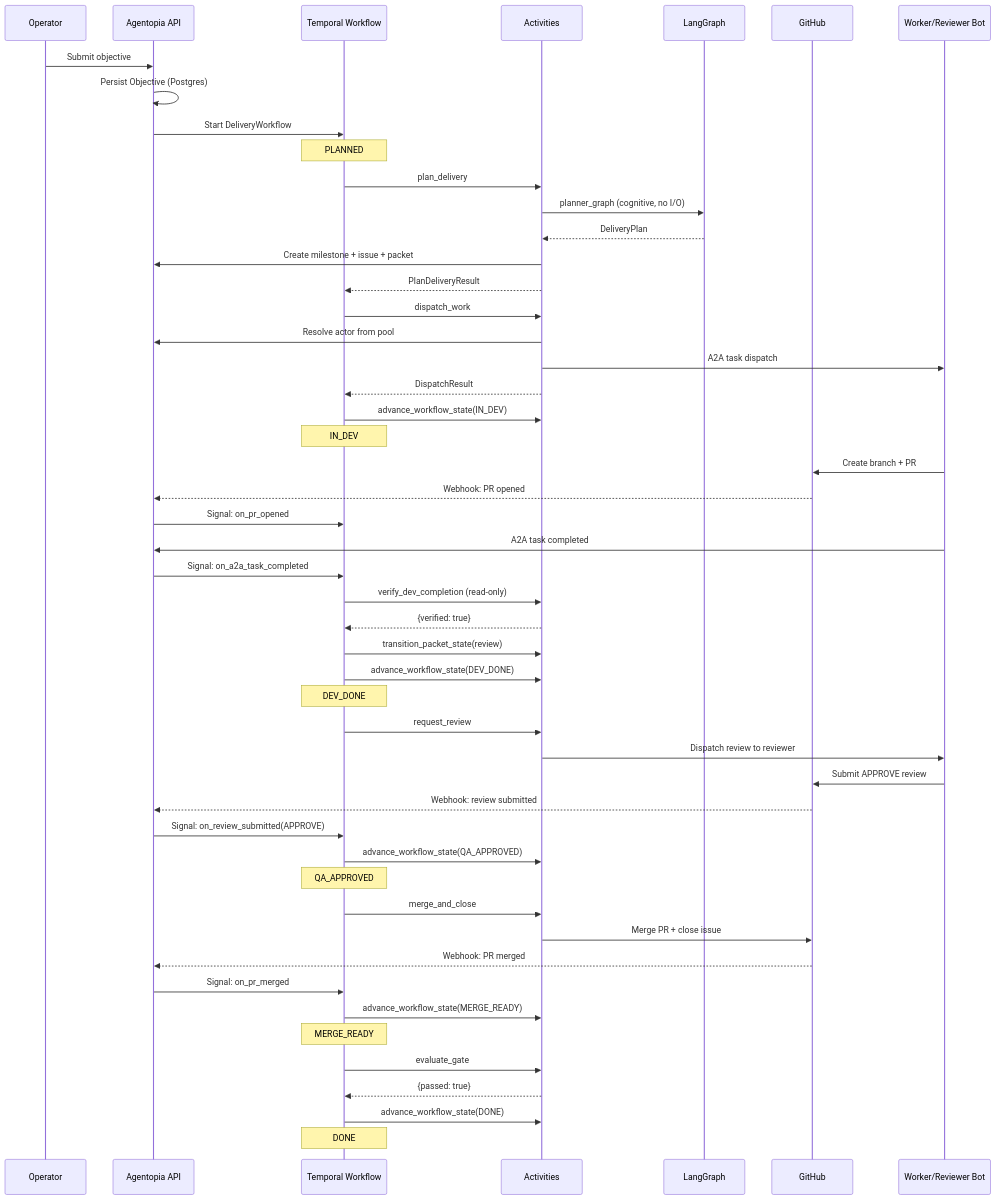
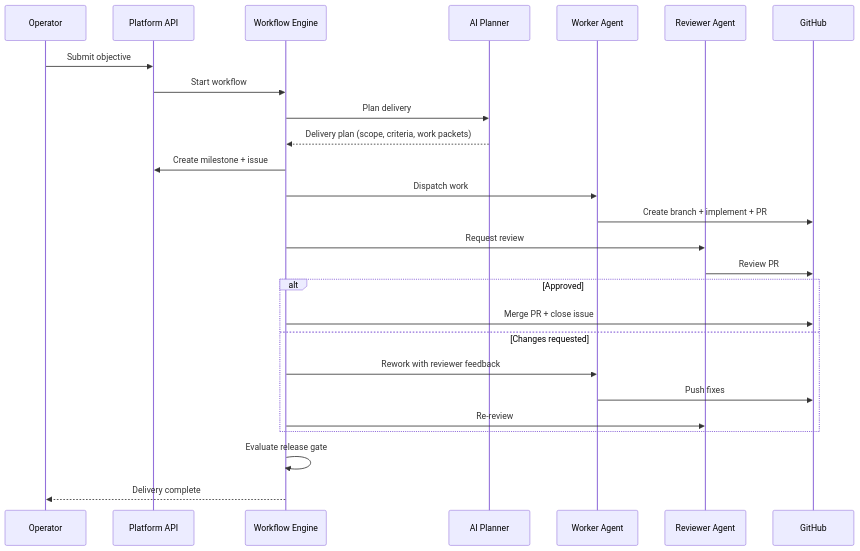
The second of 2 diagrams in architecture/overview.md (ai-agentopia/docs), drawn with Mermaid before and after one commit. The commit also changed other lines of this file, not shown here.

First line of the commit message:
docs: rewrite Architecture Overview for public audience

````diff
--- a/architecture/overview.md
+++ b/architecture/overview.md
@@ -267,68 +114,34 @@
 ```mermaid
 sequenceDiagram
     participant OP as Operator
-    participant API as Agentopia API
-    participant TW as Temporal Workflow
-    participant ACT as Activities
-    participant LG as LangGraph
+    participant API as Platform API
+    participant WF as Workflow Engine
+    participant PLAN as AI Planner
+    participant DEV as Worker Agent
+    participant QA as Reviewer Agent
     participant GH as GitHub
-    participant BOT as Worker/Reviewer Bot
 
     OP->>API: Submit objective
-    API->>API: Persist Objective (Postgres)
-    API->>TW: Start DeliveryWorkflow
+    API->>WF: Start workflow
 
-    Note over TW: PLANNED
+    WF->>PLAN: Plan delivery
+    PLAN-->>WF: Delivery plan (scope, criteria, work packets)
+    WF->>API: Create milestone + issue
 
-    TW->>ACT: plan_delivery
-    ACT->>LG: planner_graph (cognitive, no I/O)
-    LG-->>ACT: DeliveryPlan
-    ACT->>API: Create milestone + issue + packet
-    ACT-->>TW: PlanDeliveryResult
+    WF->>DEV: Dispatch work
+    DEV->>GH: Create branch + implement + PR
 
-    TW->>ACT: dispatch_work
-    ACT->>API: Resolve actor from pool
-    ACT->>BOT: A2A task dispatch
-    ACT-->>TW: DispatchResult
-    TW->>ACT: advance_workflow_state(IN_DEV)
+    WF->>QA: Request review
+    QA->>GH: Review PR
 
-    Note over TW: IN_DEV
+    alt Approved
+        WF->>GH: Merge PR + close issue
+    else Changes requested
+        WF->>DEV: Rework with reviewer feedback
+        DEV->>GH: Push fixes
+        WF->>QA: Re-review
+    end
 
-    BOT->>GH: Create branch + PR
-    GH-->>API: Webhook: PR opened
-    API->>TW: Signal: on_pr_opened
-
-    BOT->>API: A2A task completed
-    API->>TW: Signal: on_a2a_task_completed
-
-    TW->>ACT: verify_dev_completion (read-only)
-    ACT-->>TW: {verified: true}
-    TW->>ACT: transition_packet_state(review)
-    TW->>ACT: advance_workflow_state(DEV_DONE)
-
-    Note over TW: DEV_DONE
-
-    TW->>ACT: request_review
-    ACT->>BOT: Dispatch review to reviewer
-
-    BOT->>GH: Submit APPROVE review
-    GH-->>API: Webhook: review submitted
-    API->>TW: Signal: on_review_submitted(APPROVE)
-    TW->>ACT: advance_workflow_state(QA_APPROVED)
-
-    Note over TW: QA_APPROVED
-
-    TW->>ACT: merge_and_close
-    ACT->>GH: Merge PR + close issue
-    GH-->>API: Webhook: PR merged
-    API->>TW: Signal: on_pr_merged
-    TW->>ACT: advance_workflow_state(MERGE_READY)
-
-    Note over TW: MERGE_READY
-
-    TW->>ACT: evaluate_gate
-    ACT-->>TW: {passed: true}
-    TW->>ACT: advance_workflow_state(DONE)
-
-    Note over TW: DONE
+    WF->>WF: Evaluate release gate
+    WF-->>OP: Delivery complete
 ```
````
